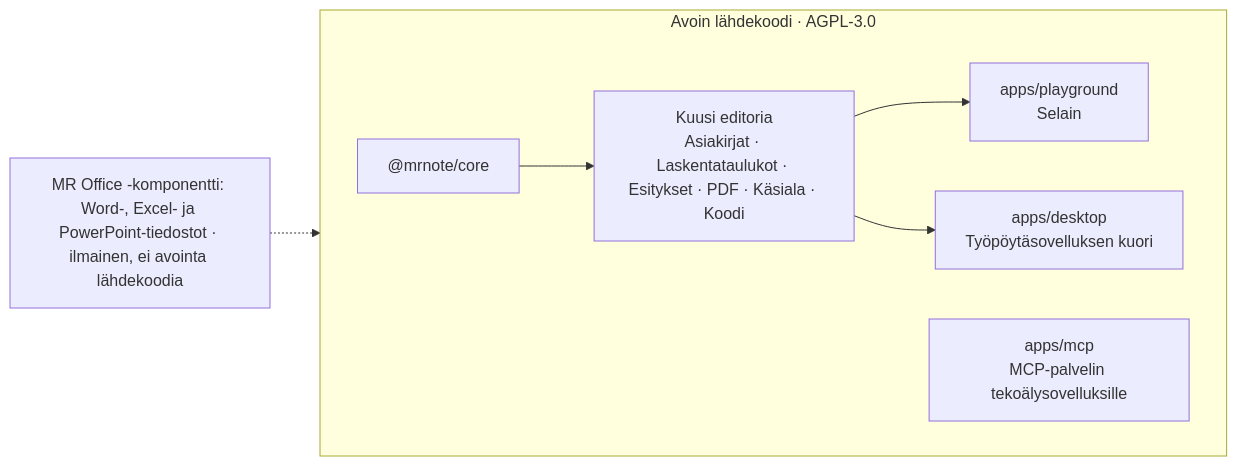
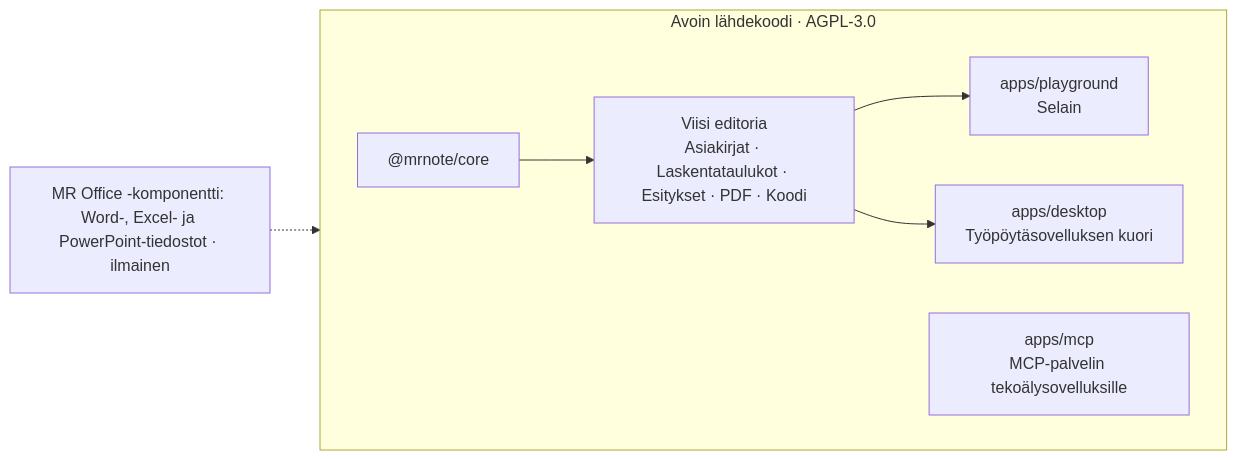
Before and after one commit to WhaleChao/MROffice: the diagram in i18n/README.fi.md, drawn with Mermaid. The commit also changed other lines of this file and 621 other files, not shown here.

````diff
--- a/i18n/README.fi.md
+++ b/i18n/README.fi.md
@@ -130,11 +128,11 @@
 ```mermaid
 flowchart LR
   subgraph OSS["Avoin lähdekoodi · AGPL-3.0"]
     direction LR
-    core["@mrnote/core"] --> E["Kuusi editoria<br/>Asiakirjat · Laskentataulukot · Esitykset · PDF · Käsiala · Koodi"]
+    core["@mrnote/core"] --> E["Viisi editoria<br/>Asiakirjat · Laskentataulukot · Esitykset · PDF · Koodi"]
     E --> PG["apps/playground<br/>Selain"]
     E --> DS["apps/desktop<br/>Työpöytäsovelluksen kuori"]
     MCP["apps/mcp<br/>MCP-palvelin tekoälysovelluksille"]
   end
-  COMP["MR Office -komponentti: Word-, Excel- ja PowerPoint-tiedostot · ilmainen, ei avointa lähdekoodia"] -.-> DS
+  COMP["MR Office -komponentti: Word-, Excel- ja PowerPoint-tiedostot · ilmainen"] -.-> DS
 ```
````
